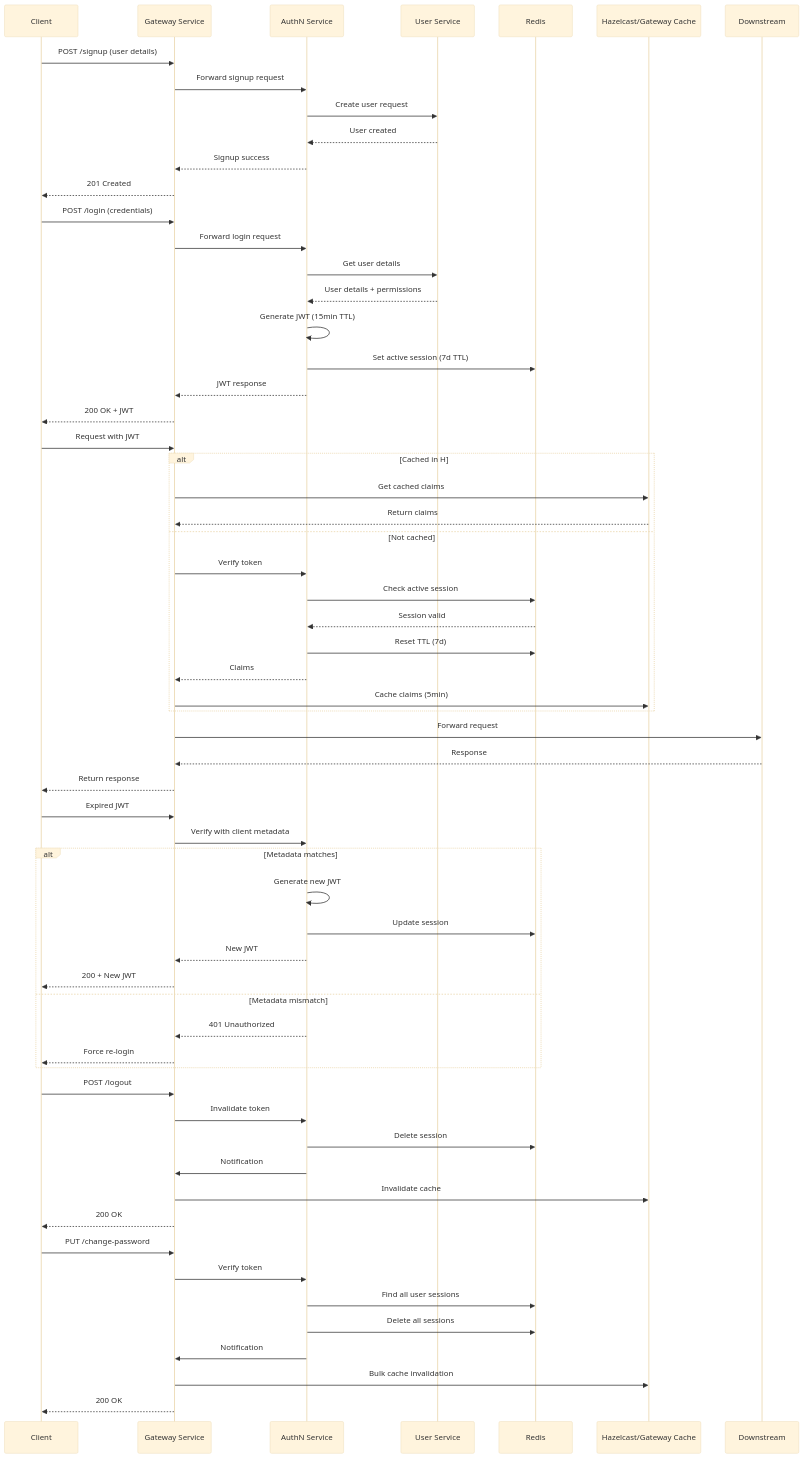
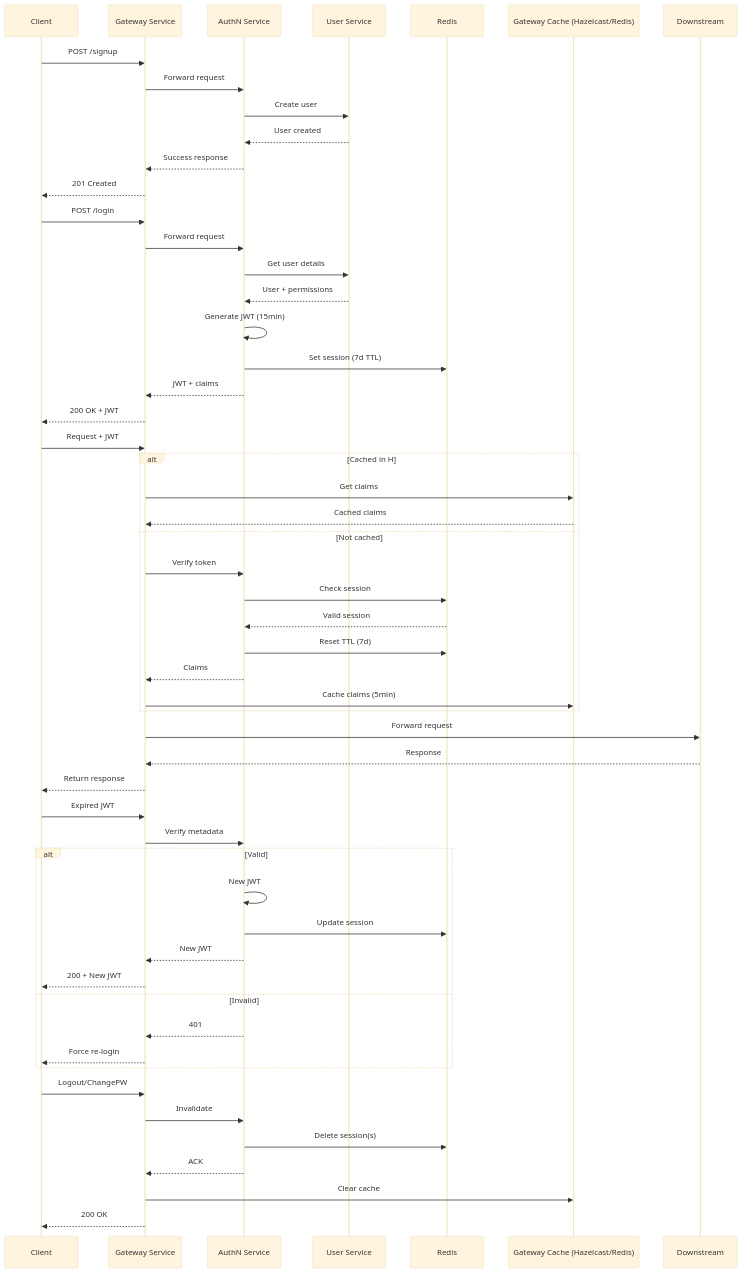
Before and after one commit to Cloud-Commerce/microservices-orchestration: the diagram in AuthN-Authz-Sequence.md, drawn with Mermaid (base theme).

````diff
--- a/AuthN-Authz-Sequence.md
+++ b/AuthN-Authz-Sequence.md
@@ -1,75 +1,65 @@
 ```mermaid
-%% Authentication and Authorization Architecture for eCommerce Retail
 sequenceDiagram
     participant C as Client
     participant G as Gateway Service
     participant A as AuthN Service
     participant U as User Service
     participant R as Redis
-    participant H as Hazelcast/Gateway Cache
+    participant H as Gateway Cache (Hazelcast/Redis)
 
     %% Signup Flow
-    C->>G: POST /signup (user details)
-    G->>A: Forward signup request
-    A->>U: Create user request
+    C->>G: POST /signup
+    G->>A: Forward request
+    A->>U: Create user
     U-->>A: User created
-    A-->>G: Signup success
+    A-->>G: Success response
     G-->>C: 201 Created
 
     %% Login Flow
-    C->>G: POST /login (credentials)
-    G->>A: Forward login request
+    C->>G: POST /login
+    G->>A: Forward request
     A->>U: Get user details
-    U-->>A: User details + permissions
-    A->>A: Generate JWT (15min TTL)
-    A->>R: Set active session (7d TTL)
-    A-->>G: JWT response
+    U-->>A: User + permissions
+    A->>A: Generate JWT (15min)
+    A->>R: Set session (7d TTL)
+    A-->>G: JWT + claims
     G-->>C: 200 OK + JWT
 
     %% Regular Request Flow
-    C->>G: Request with JWT
+    C->>G: Request + JWT
     alt Cached in H
-        G->>H: Get cached claims
-        H-->>G: Return claims
+        G->>H: Get claims
+        H-->>G: Cached claims
     else Not cached
         G->>A: Verify token
-        A->>R: Check active session
-        R-->>A: Session valid
+        A->>R: Check session
+        R-->>A: Valid session
         A->>R: Reset TTL (7d)
         A-->>G: Claims
         G->>H: Cache claims (5min)
     end
     G->>Downstream: Forward request
     Downstream-->>G: Response
     G-->>C: Return response
 
-    %% Token Refresh Flow
+    %% Token Refresh
     C->>G: Expired JWT
-    G->>A: Verify with client metadata
-    alt Metadata matches
-        A->>A: Generate new JWT
+    G->>A: Verify metadata
+    alt Valid
+        A->>A: New JWT
         A->>R: Update session
         A-->>G: New JWT
         G-->>C: 200 + New JWT
-    else Metadata mismatch
-        A-->>G: 401 Unauthorized
+    else Invalid
+        A-->>G: 401
         G-->>C: Force re-login
     end
 
-    %% Logout Flow
-    C->>G: POST /logout
-    G->>A: Invalidate token
-    A->>R: Delete session
-    A->>G: Notification
-    G->>H: Invalidate cache
-    G-->>C: 200 OK
-
-    %% Password Change Flow
-    C->>G: PUT /change-password
-    G->>A: Verify token
-    A->>R: Find all user sessions
-    A->>R: Delete all sessions
-    A->>G: Notification
-    G->>H: Bulk cache invalidation
+    %% Logout/Password Change
+    C->>G: Logout/ChangePW
+    G->>A: Invalidate
+    A->>R: Delete session(s)
+    A-->>G: ACK
+    G->>H: Clear cache
     G-->>C: 200 OK
 ```
````
